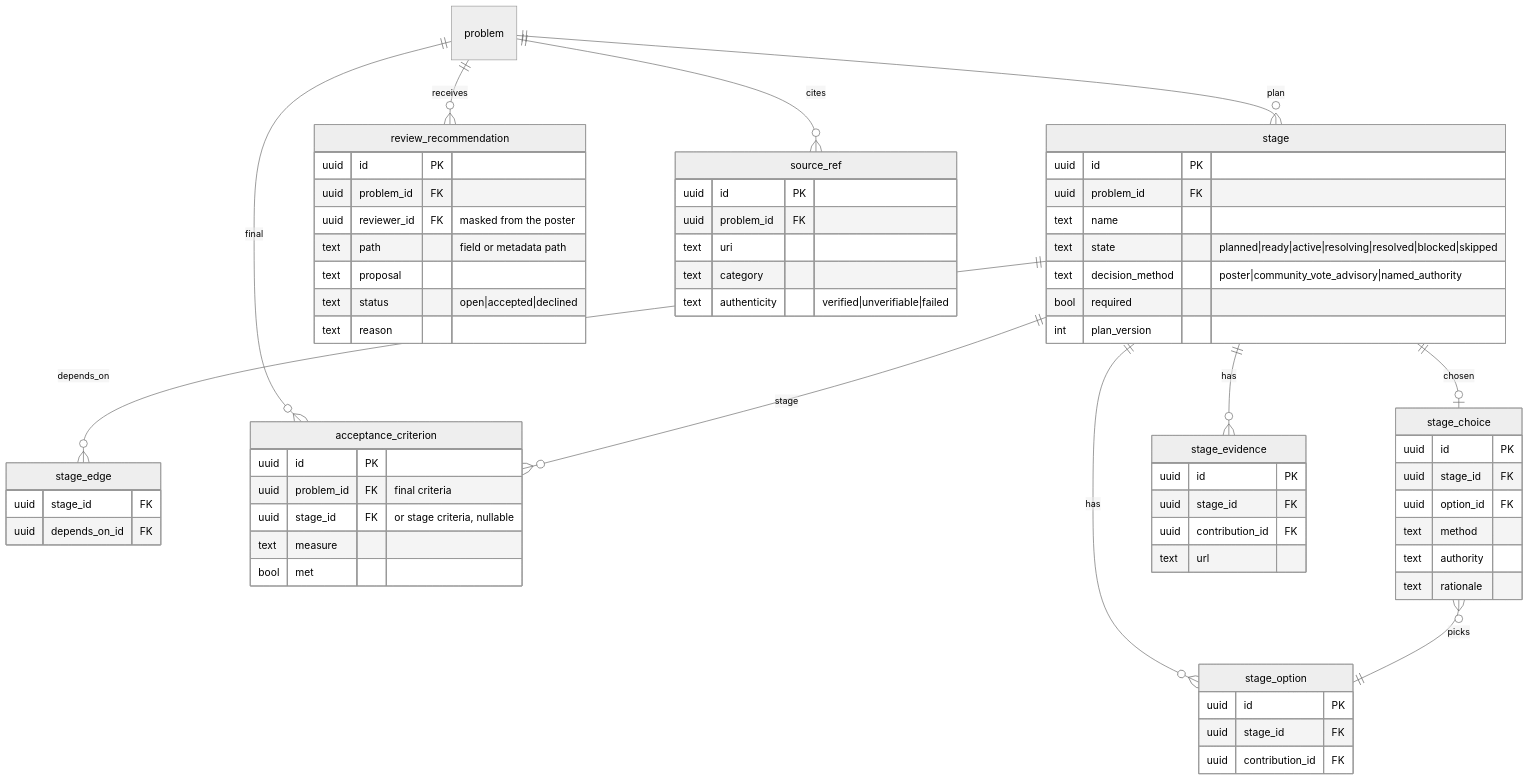
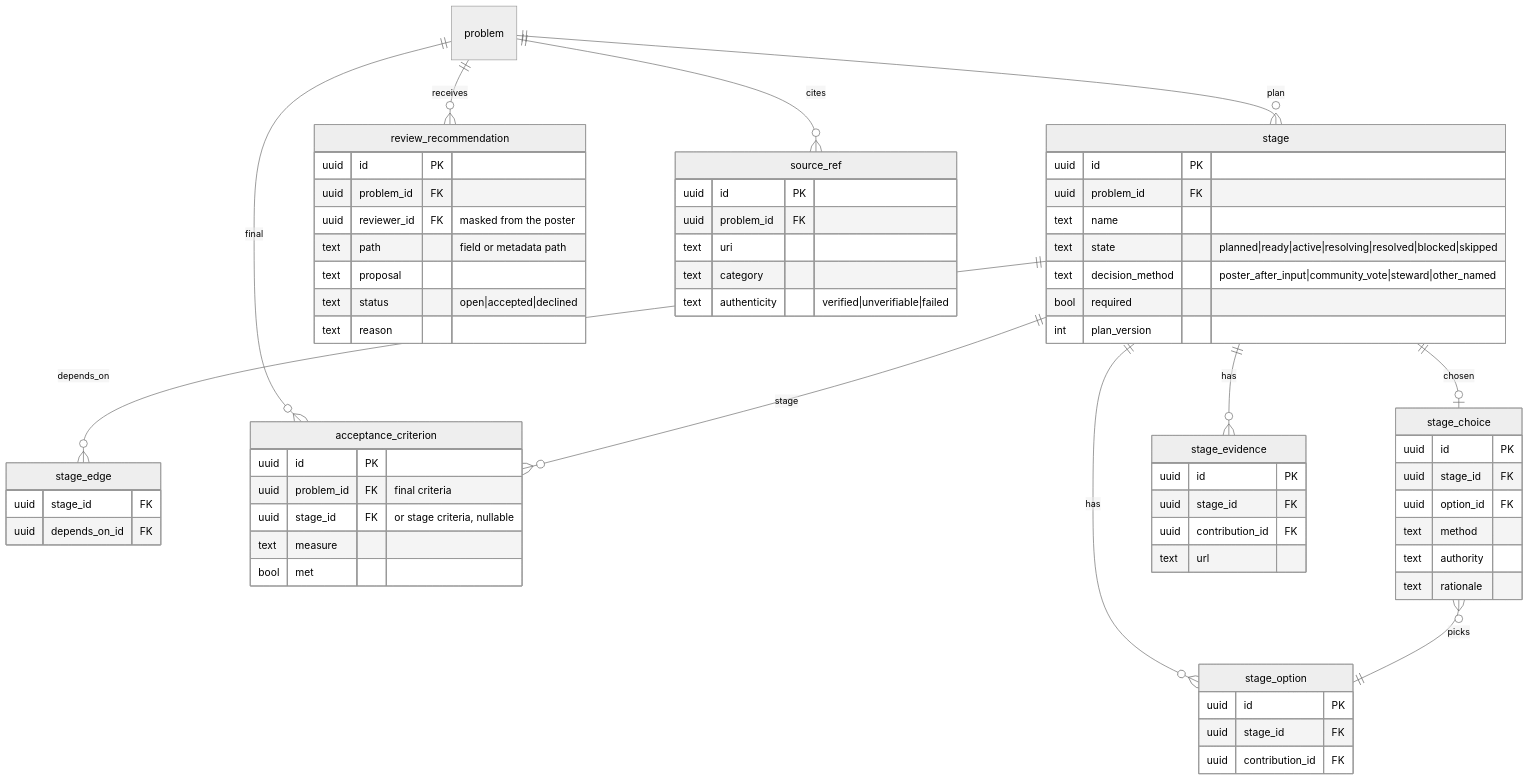
One commit to community-action-network-oss/community_action_network_oss changed the second of 4 diagrams in docs/design/components/server.md. Above: the diagram before and after it, drawn with Mermaid (neutral theme). The commit also changed 1 other file, not shown here.

Commit message:
W10 P0: use canonical decision method values in flows and components

````diff
--- a/docs/design/components/server.md
+++ b/docs/design/components/server.md
@@ -89,68 +89,68 @@
 ```mermaid
 erDiagram
   problem ||--o{ stage : "plan"
   stage ||--o{ stage_edge : "depends_on"
   problem ||--o{ acceptance_criterion : "final"
   stage ||--o{ acceptance_criterion : "stage"
   stage ||--o{ stage_option : has
   stage ||--o| stage_choice : "chosen"
   stage_choice }o--|| stage_option : picks
   stage ||--o{ stage_evidence : has
   problem ||--o{ review_recommendation : receives
   problem ||--o{ source_ref : cites
   stage {
     uuid id PK
     uuid problem_id FK
     text name
     text state "planned|ready|active|resolving|resolved|blocked|skipped"
-    text decision_method "poster|community_vote_advisory|named_authority"
+    text decision_method "poster_after_input|community_vote|steward|other_named"
     bool required
     int plan_version
   }
   stage_edge {
     uuid stage_id FK
     uuid depends_on_id FK
   }
   acceptance_criterion {
     uuid id PK
     uuid problem_id FK "final criteria"
     uuid stage_id FK "or stage criteria, nullable"
     text measure
     bool met
   }
   stage_option {
     uuid id PK
     uuid stage_id FK
     uuid contribution_id FK
   }
   stage_choice {
     uuid id PK
     uuid stage_id FK
     uuid option_id FK
     text method
     text authority
     text rationale
   }
   stage_evidence {
     uuid id PK
     uuid stage_id FK
     uuid contribution_id FK
     text url
   }
   review_recommendation {
     uuid id PK
     uuid problem_id FK
     uuid reviewer_id FK "masked from the poster"
     text path "field or metadata path"
     text proposal
     text status "open|accepted|declined"
     text reason
   }
   source_ref {
     uuid id PK
     uuid problem_id FK
     text uri
     text category
     text authenticity "verified|unverifiable|failed"
   }
 ```
````
